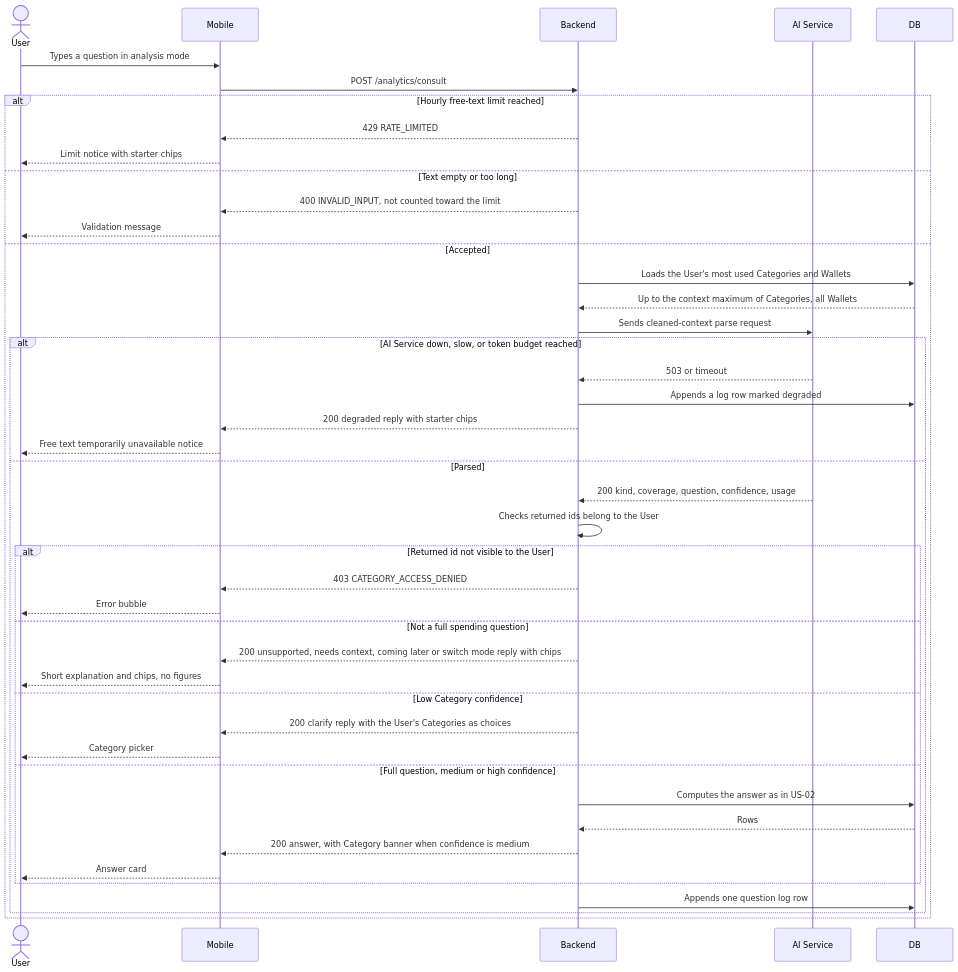
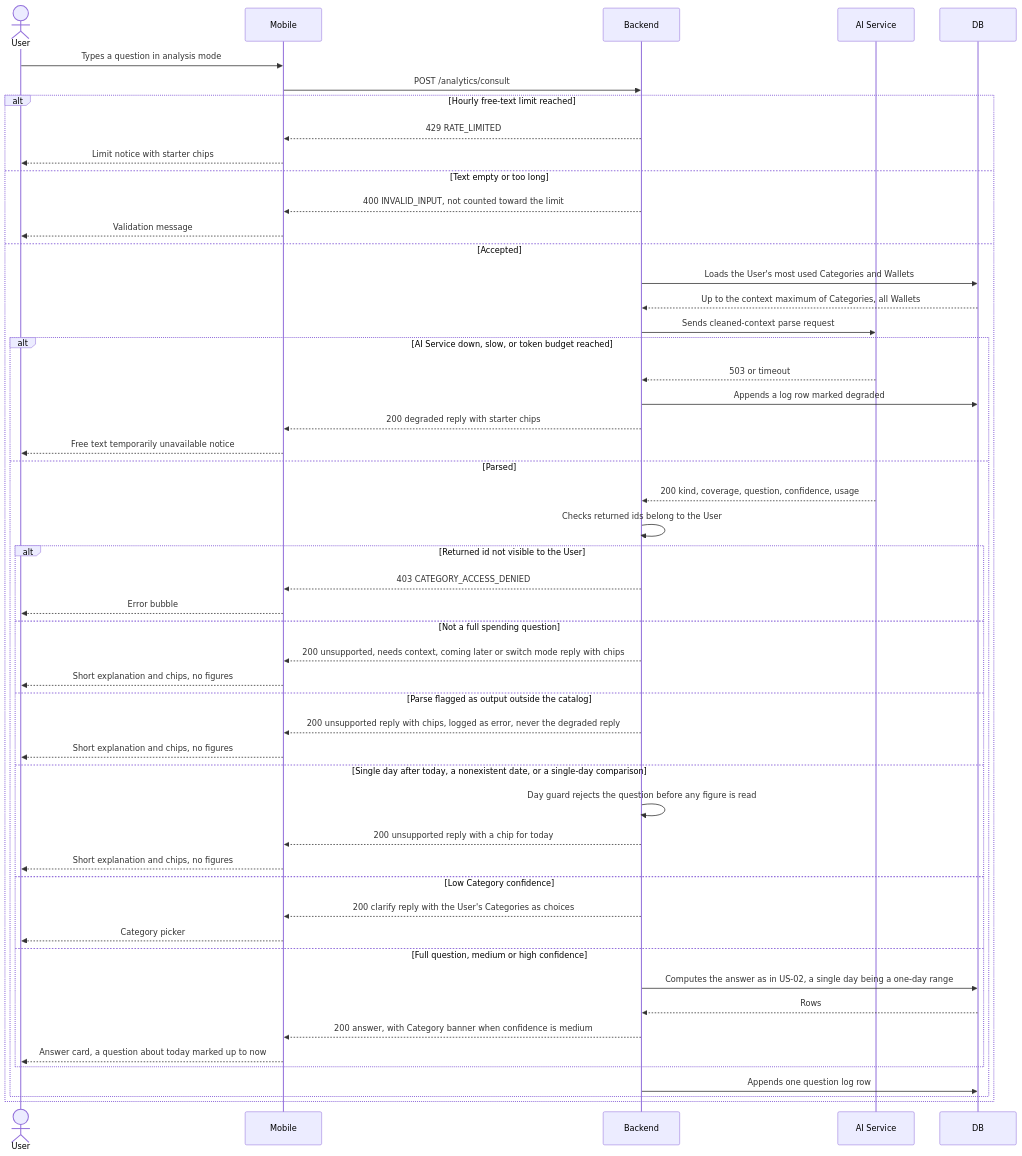
The third of 7 diagrams in specs/ai-chat-query-spending/plan.md (tommyledev-gif/pfm), drawn with Mermaid before and after one commit. The commit also changed other lines of this file and 6 other files, not shown here.

````diff
--- a/specs/ai-chat-query-spending/plan.md
+++ b/specs/ai-chat-query-spending/plan.md
@@ -269,46 +269,53 @@
 ```mermaid
 sequenceDiagram
     actor U as User
     participant M as Mobile
     participant B as Backend
     participant A as AI Service
     participant D as DB
     U->>M: Types a question in analysis mode
     M->>B: POST /analytics/consult
     alt Hourly free-text limit reached
         B-->>M: 429 RATE_LIMITED
         M-->>U: Limit notice with starter chips
     else Text empty or too long
         B-->>M: 400 INVALID_INPUT, not counted toward the limit
         M-->>U: Validation message
     else Accepted
         B->>D: Loads the User's most used Categories and Wallets
         D-->>B: Up to the context maximum of Categories, all Wallets
         B->>A: Sends cleaned-context parse request
         alt AI Service down, slow, or token budget reached
             A-->>B: 503 or timeout
             B->>D: Appends a log row marked degraded
             B-->>M: 200 degraded reply with starter chips
             M-->>U: Free text temporarily unavailable notice
         else Parsed
             A-->>B: 200 kind, coverage, question, confidence, usage
             B->>B: Checks returned ids belong to the User
             alt Returned id not visible to the User
                 B-->>M: 403 CATEGORY_ACCESS_DENIED
                 M-->>U: Error bubble
             else Not a full spending question
                 B-->>M: 200 unsupported, needs context, coming later or switch mode reply with chips
                 M-->>U: Short explanation and chips, no figures
+            else Parse flagged as output outside the catalog
+                B-->>M: 200 unsupported reply with chips, logged as error, never the degraded reply
+                M-->>U: Short explanation and chips, no figures
+            else Single day after today, a nonexistent date, or a single-day comparison
+                B->>B: Day guard rejects the question before any figure is read
+                B-->>M: 200 unsupported reply with a chip for today
+                M-->>U: Short explanation and chips, no figures
             else Low Category confidence
                 B-->>M: 200 clarify reply with the User's Categories as choices
                 M-->>U: Category picker
             else Full question, medium or high confidence
-                B->>D: Computes the answer as in US-02
+                B->>D: Computes the answer as in US-02, a single day being a one-day range
                 D-->>B: Rows
                 B-->>M: 200 answer, with Category banner when confidence is medium
-                M-->>U: Answer card
+                M-->>U: Answer card, a question about today marked up to now
             end
             B->>D: Appends one question log row
         end
     end
 ```
````
